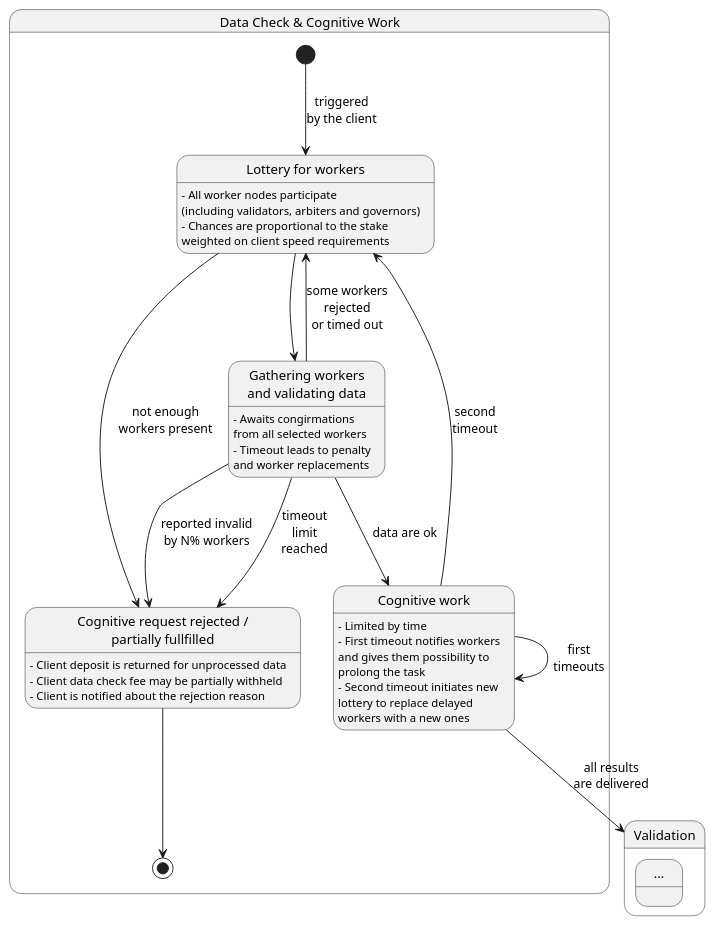
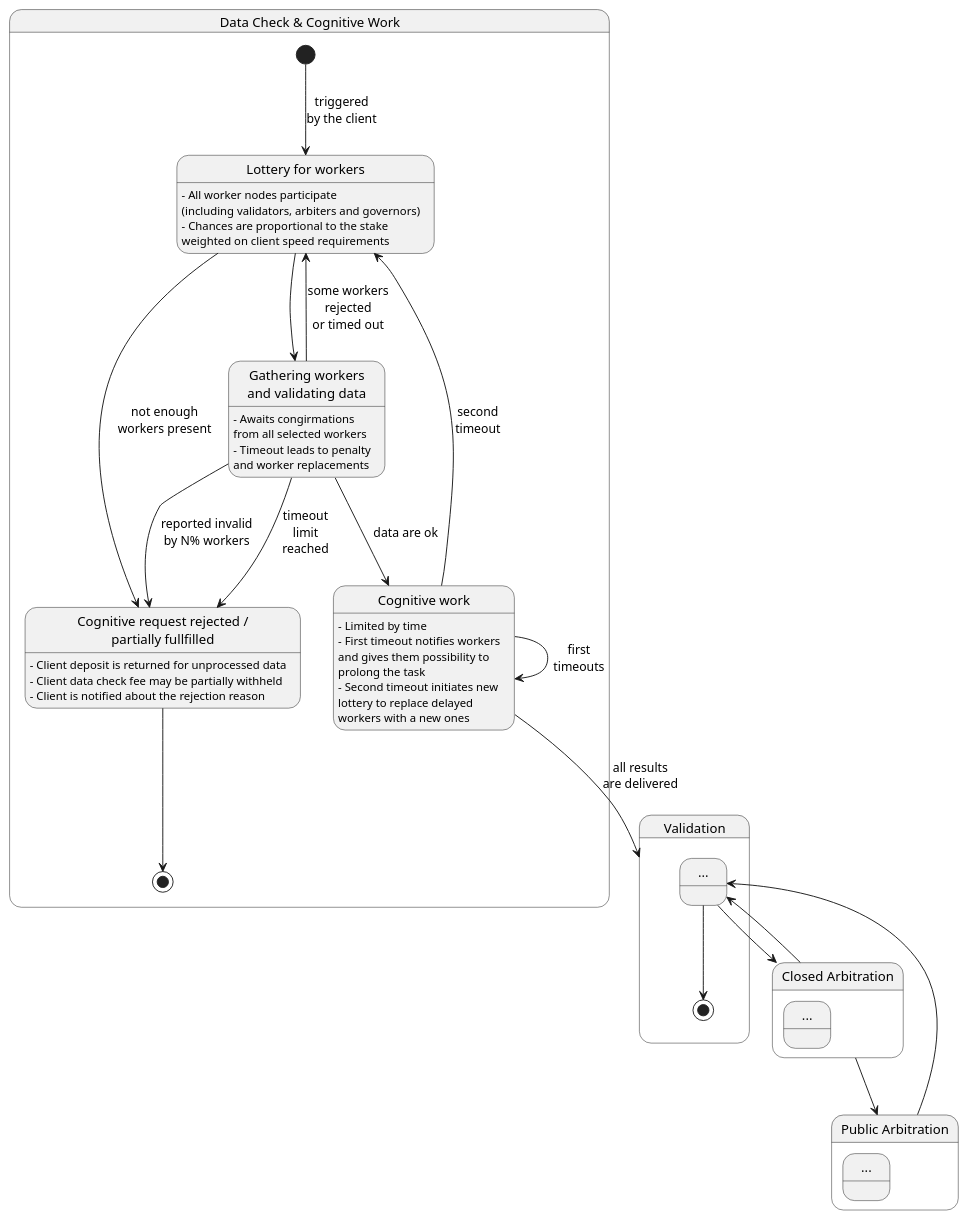
One commit to pandoraboxchain/pocw-techspecs changed the diagram in state_cognition.plantuml. Above: the diagram before and after it, drawn with PlantUML.

```diff
--- a/state_cognition.plantuml
+++ b/state_cognition.plantuml
@@ -1,47 +1,61 @@
 @startuml
 state "Data Check & Cognitive Work" as cognition {
   state "Lottery for workers" as lottery1
   state "Gathering workers\nand validating data" as wait1
   state "Cognitive request rejected /\npartially fullfilled" as rejected
   state "Cognitive work" as work
 
   lottery1: – All worker nodes participate
   lottery1:   (including validators, arbiters and governors)
   lottery1: – Chances are proportional to the stake
   lottery1:   weighted on client speed requirements
 
   wait1: – Awaits congirmations
   wait1:   from all selected workers
   wait1: – Timeout leads to penalty
   wait1:   and worker replacements
 
   rejected: – Client deposit is returned for unprocessed data
   rejected: – Client data check fee may be partially withheld
   rejected: – Client is notified about the rejection reason
 
   work: – Limited by time
   work: – First timeout notifies workers
   work:   and gives them possibility to
   work:   prolong the task
   work: – Second timeout initiates new
   work:   lottery to replace delayed
   work:   workers with a new ones
 
   [*] --> lottery1: triggered\nby the client
   lottery1 --> wait1
   lottery1 -right-> rejected: not enough\nworkers present
   wait1 --> lottery1: some workers\nrejected\nor timed out
   wait1 --> rejected: reported invalid\nby N% workers
   wait1 --> rejected: timeout\nlimit\nreached
   wait1 --> work: data are ok
   work --> work: first\ntimeouts
   work --> lottery1: second\ntimeout
   rejected --> [*]
 }
 
 state "Validation" as validation {
-  state "..." as more
+  state "..." as more1
+
+  more1 --> [*]
+}
+
+state "Closed Arbitration" as closed {
+  state "..." as more2
+}
+
+state "Public Arbitration" as public {
+  state "..." as more3
 }
 
 work --> validation: all results\nare delivered
+more1 --> closed
+closed --> public
+closed -up-> more1
+public -up-> more1
 @enduml
```
